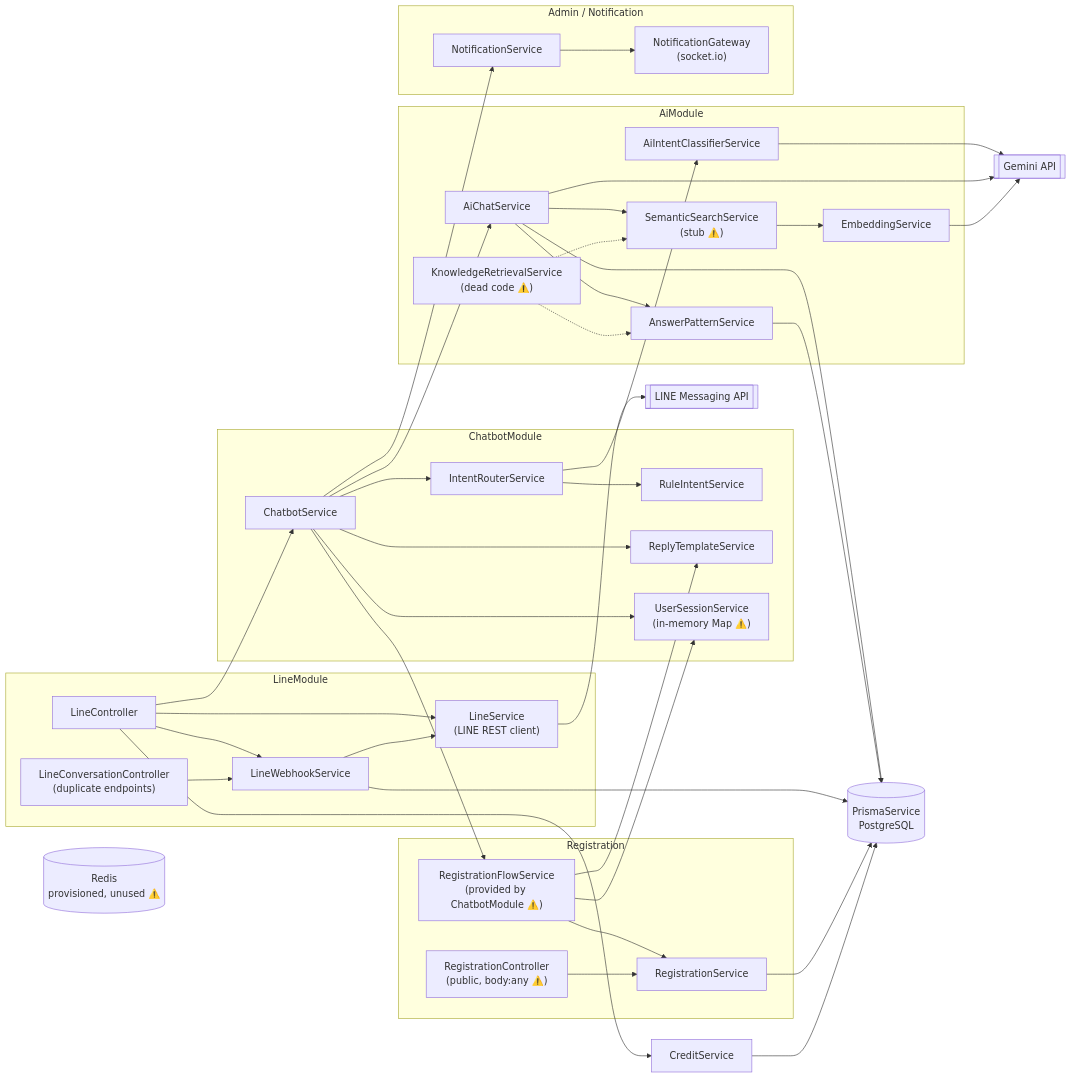
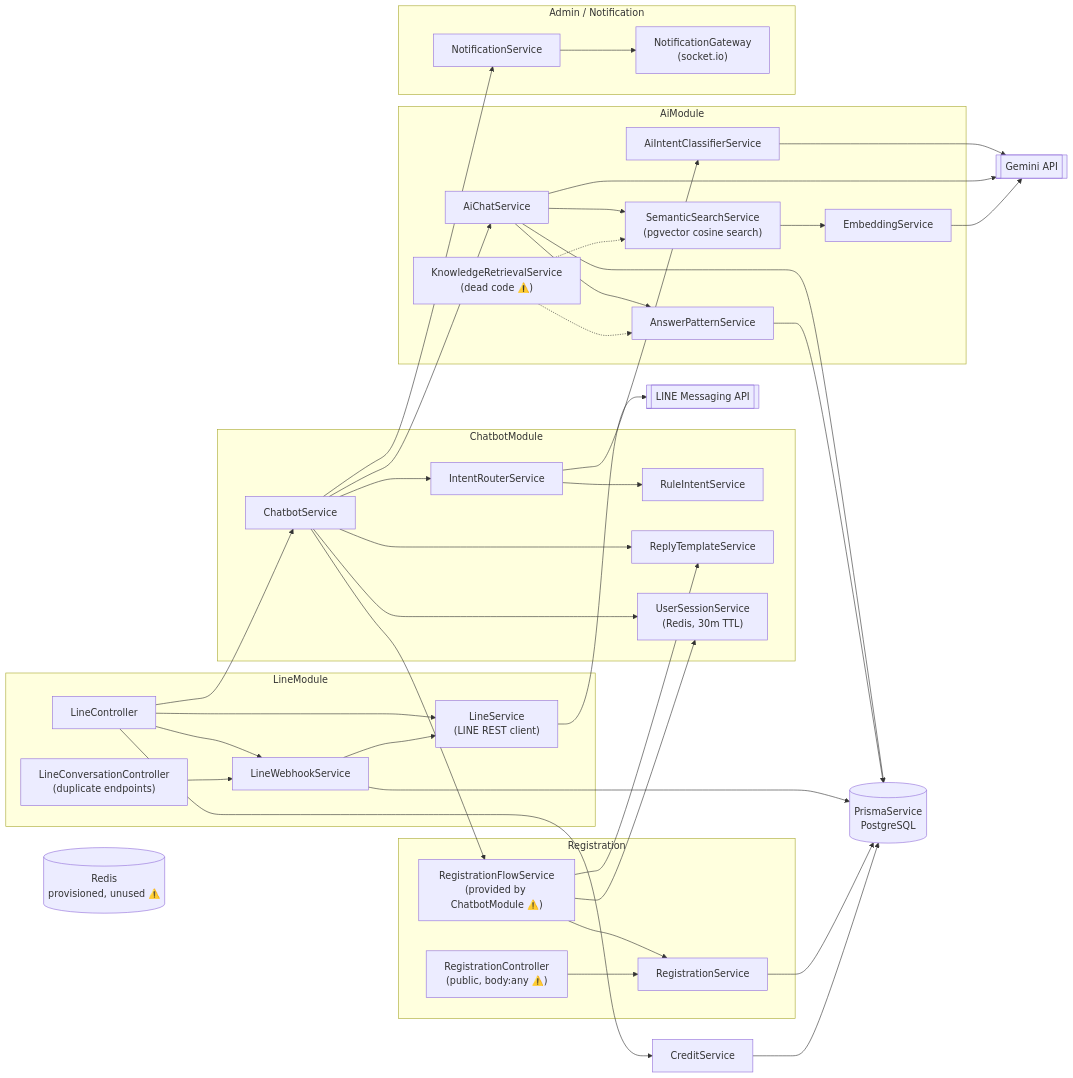
The seventh of 7 diagrams in docs/service-flow.md (Codeine999/chatbot-agents), drawn with Mermaid before and after one commit. The commit also changed other lines of this file and 15 other files, not shown here.

````diff
--- a/docs/service-flow.md
+++ b/docs/service-flow.md
@@ -206,72 +200,72 @@
 ```mermaid
 flowchart LR
     subgraph LINE["LineModule"]
         LC["LineController"]
         LCC["LineConversationController<br/>(duplicate endpoints)"]
         LWS["LineWebhookService"]
         LS["LineService<br/>(LINE REST client)"]
     end
     subgraph CHAT["ChatbotModule"]
         CB["ChatbotService"]
         IR["IntentRouterService"]
         RI["RuleIntentService"]
         RT["ReplyTemplateService"]
-        US["UserSessionService<br/>(in-memory Map ⚠️)"]
+        US["UserSessionService<br/>(Redis, 30m TTL)"]
     end
     subgraph AIM["AiModule"]
         ACS["AiChatService"]
         AIC["AiIntentClassifierService"]
         APS["AnswerPatternService"]
-        SSS["SemanticSearchService<br/>(stub ⚠️)"]
+        SSS["SemanticSearchService<br/>(pgvector cosine search)"]
         EMB["EmbeddingService"]
         KRS["KnowledgeRetrievalService<br/>(dead code ⚠️)"]
     end
     subgraph REG["Registration"]
         RF["RegistrationFlowService<br/>(provided by ChatbotModule ⚠️)"]
         RS["RegistrationService"]
         RC["RegistrationController<br/>(public, body:any ⚠️)"]
     end
     subgraph ADM["Admin / Notification"]
         NS["NotificationService"]
         NG["NotificationGateway<br/>(socket.io)"]
     end
     CS["CreditService"]
     PR[("PrismaService<br/>PostgreSQL")]
     RD[("Redis<br/>provisioned, unused ⚠️")]
     GEM[["Gemini API"]]
     LAPI[["LINE Messaging API"]]
 
     LC --> LWS
     LC --> CB
     LC --> LS
     LC --> CS
     LCC --> LWS
     LWS --> PR
     LWS --> LS
     LS --> LAPI
     CB --> IR
     CB --> US
     CB --> RT
     CB --> RF
     CB --> ACS
     CB --> NS
     IR --> RI
     IR --> AIC
     AIC --> GEM
     ACS --> PR
     ACS --> APS
     ACS --> SSS
     ACS --> GEM
     APS --> PR
     SSS --> EMB
     EMB --> GEM
     KRS -.-> APS
     KRS -.-> SSS
     RF --> US
     RF --> RT
     RF --> RS
     RS --> PR
     RC --> RS
     NS --> NG
     CS --> PR
 ```
````
